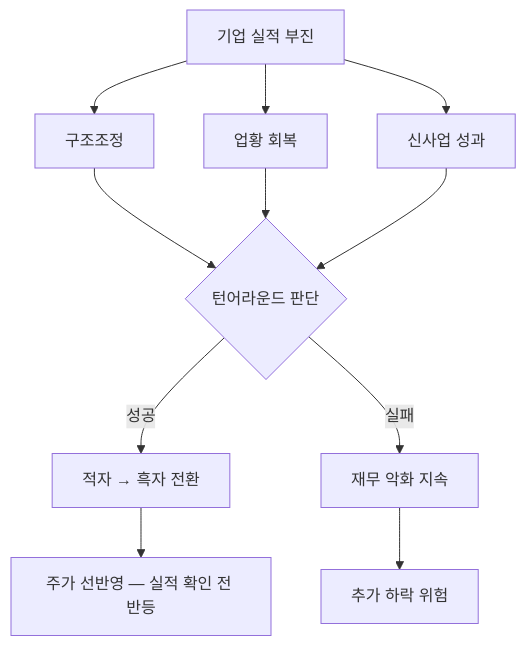
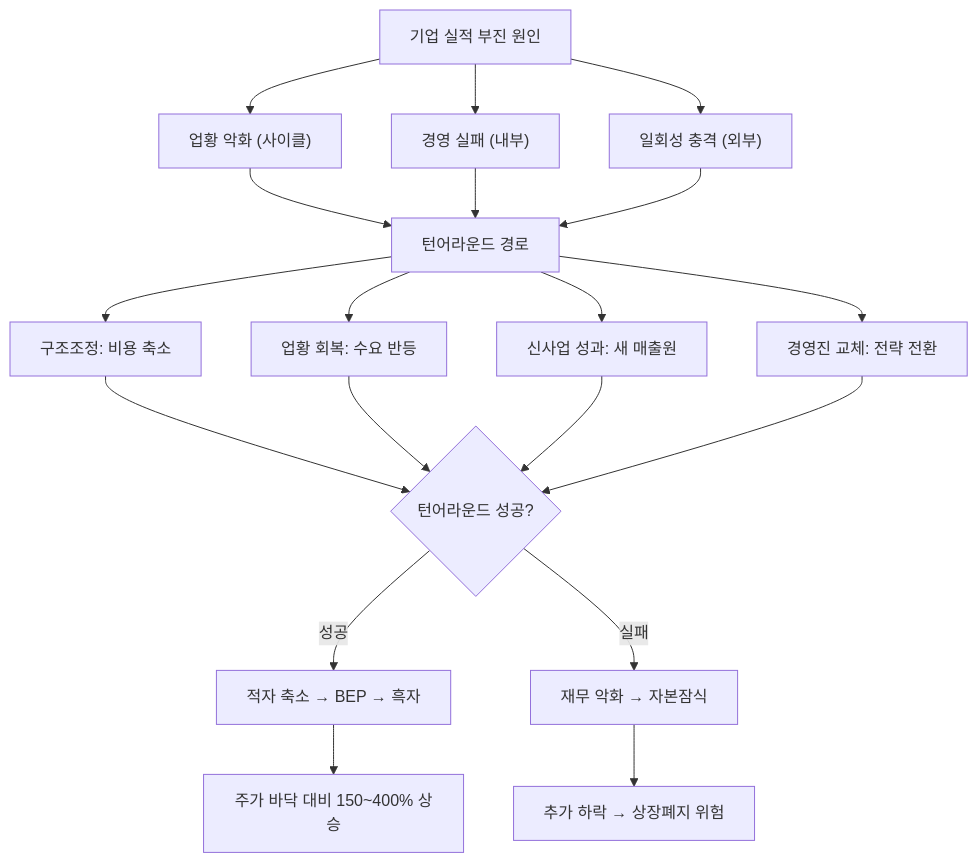
The diagram in content/stock-terms/ko/level-08-industry-macro/turnaround.md (yeongseon/stock-visual-note), drawn with Mermaid before and after one commit. The commit also changed other lines of this file and 9 other files, not shown here.

Commit message:
content: rewrite level-08 (10 articles) — richer diagrams, realistic scenarios, blog tone

````diff
--- a/content/stock-terms/ko/level-08-industry-macro/turnaround.md
+++ b/content/stock-terms/ko/level-08-industry-macro/turnaround.md
@@ -42,14 +43,22 @@
 ```mermaid
 graph TD
-    A["기업 실적 부진"]
-    A --> B["구조조정"]
-    A --> C["업황 회복"]
-    A --> D["신사업 성과"]
-    B --> E{"턴어라운드 판단"}
+    A["기업 실적 부진 원인"]
+    A --> B["업황 악화 (사이클)"]
+    A --> C["경영 실패 (내부)"]
+    A --> D["일회성 충격 (외부)"]
+    B --> E["턴어라운드 경로"]
     C --> E
     D --> E
-    E -->|"성공"| F["적자 → 흑자 전환"]
-    E -->|"실패"| G["재무 악화 지속"]
-    F --> H["주가 선반영 — 실적 확인 전 반등"]
-    G --> I["추가 하락 위험"]
+    E --> E1["구조조정: 비용 축소"]
+    E --> E2["업황 회복: 수요 반등"]
+    E --> E3["신사업 성과: 새 매출원"]
+    E --> E4["경영진 교체: 전략 전환"]
+    E1 --> F{"턴어라운드 성공?"}
+    E2 --> F
+    E3 --> F
+    E4 --> F
+    F -->|"성공"| G["적자 축소 → BEP → 흑자"]
+    F -->|"실패"| H["재무 악화 → 자본잠식"]
+    G --> I["주가 바닥 대비 150~400% 상승"]
+    H --> J["추가 하락 → 상장폐지 위험"]
 ```
````
